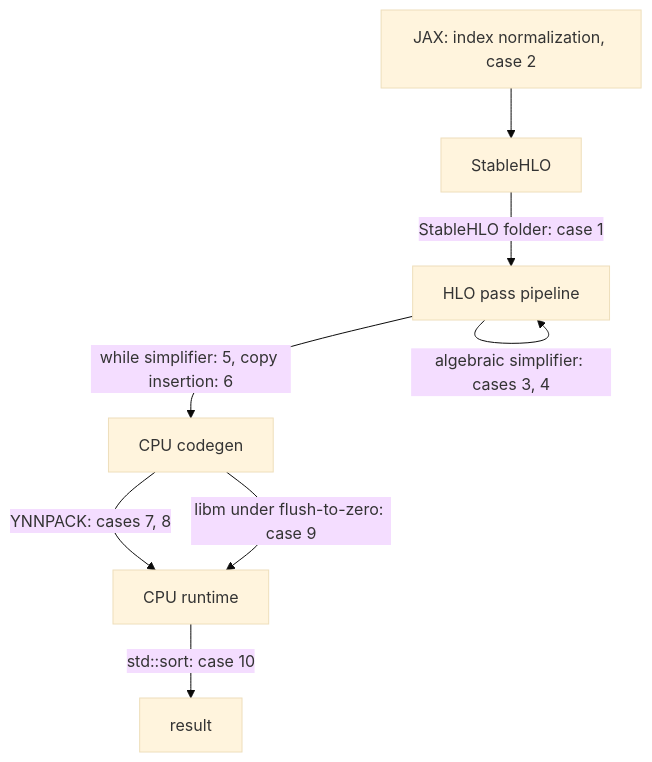
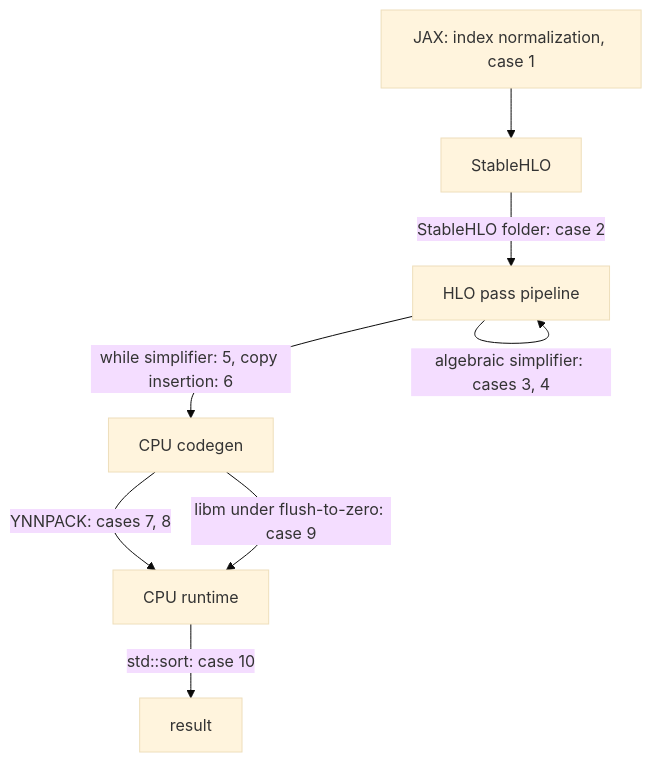
The diagram in _posts/2026-11-05-ten-ways-to-break-xla.md (hiraditya/hiraditya.github.io), drawn with Mermaid (base theme) before and after one commit. The commit also changed other lines of this file, not shown here.

First line of the commit message:
Open Ten Ways to Break XLA with a bug that reproduces on jax 0.12.0.1

````diff
--- a/_posts/2026-11-05-ten-ways-to-break-xla.md
+++ b/_posts/2026-11-05-ten-ways-to-break-xla.md
@@ -32,10 +32,10 @@
 ```mermaid
 flowchart TB
-    J["JAX: index normalization, case 2"] --> S["StableHLO"]
-    S -->|"StableHLO folder: case 1"| P["HLO pass pipeline"]
+    J["JAX: index normalization, case 1"] --> S["StableHLO"]
+    S -->|"StableHLO folder: case 2"| P["HLO pass pipeline"]
     P -->|"algebraic simplifier: cases 3, 4"| P
     P -->|"while simplifier: 5, copy insertion: 6"| C["CPU codegen"]
     C -->|"YNNPACK: cases 7, 8"| R["CPU runtime"]
     C -->|"libm under flush-to-zero: case 9"| R
     R -->|"std::sort: case 10"| O["result"]
 ```
````
